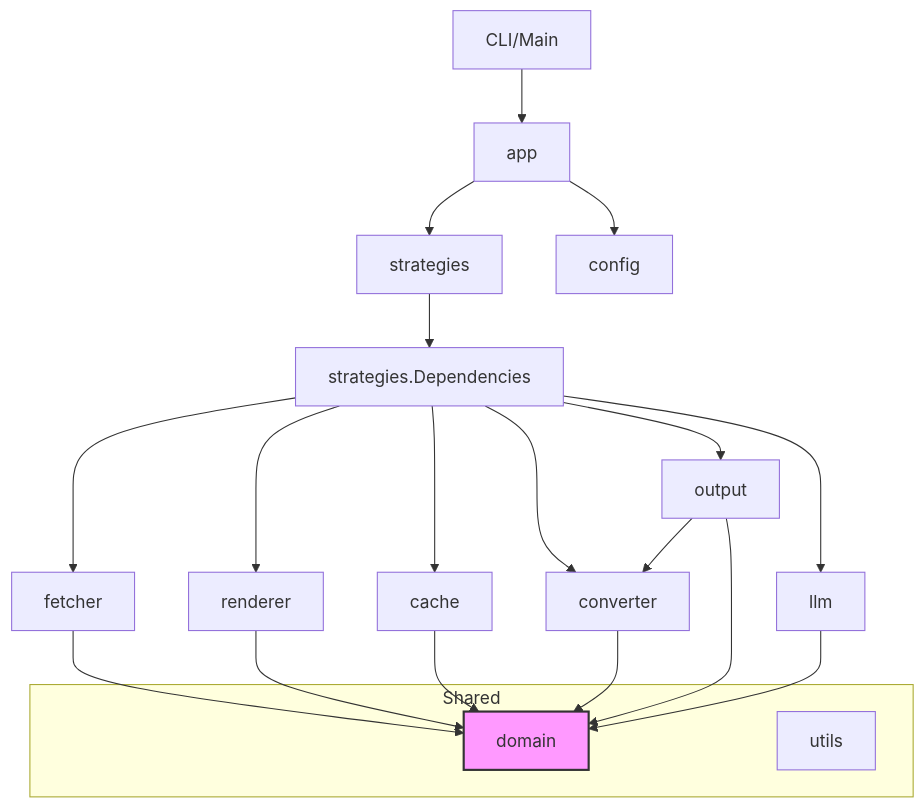
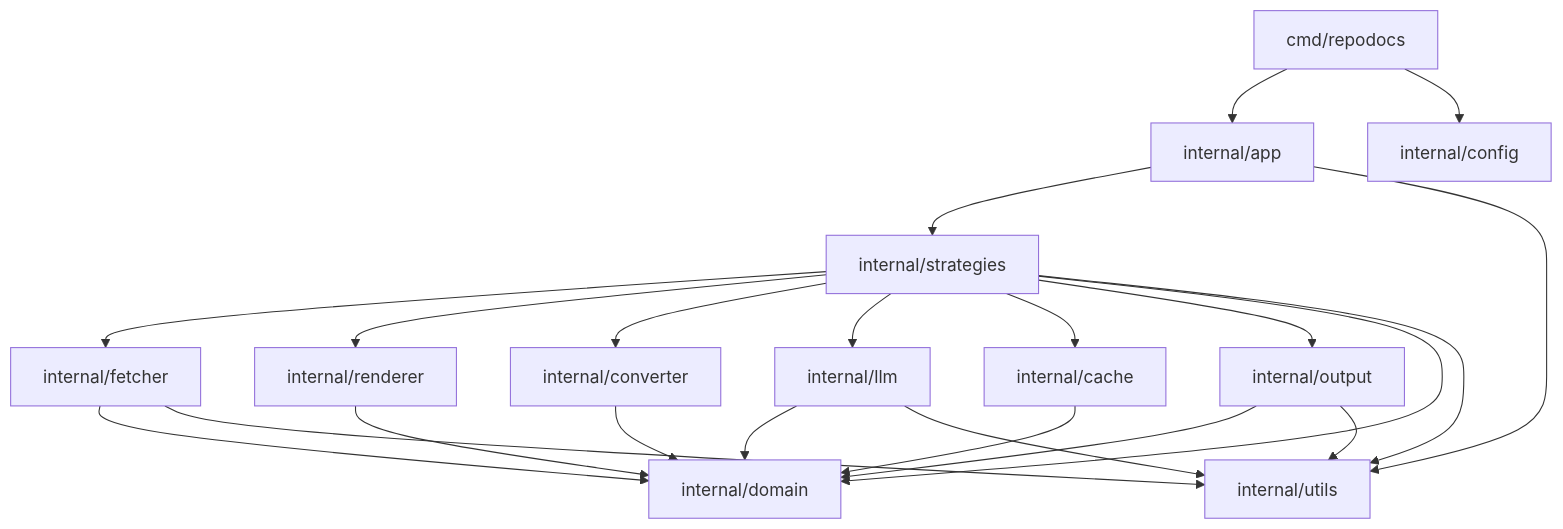
Before and after one commit to quantmind-br/repodocs-go: the diagram in .ai/docs/dependency_analysis.md, drawn with Mermaid. The commit also changed other lines of this file and 49 other files, not shown here.

````diff
--- a/.ai/docs/dependency_analysis.md
+++ b/.ai/docs/dependency_analysis.md
@@ -44,31 +44,28 @@
 ```mermaid
 graph TD
-    CMD[CLI/Main] --> APP[app]
-    APP --> STRAT[strategies]
-    APP --> CFG[config]
+    Main[cmd/repodocs] --> App[internal/app]
+    Main --> Config[internal/config]
     
-    STRAT --> DEPS[strategies.Dependencies]
+    App --> Strategies[internal/strategies]
+    App --> Utils[internal/utils]
     
-    DEPS --> FETCH[fetcher]
-    DEPS --> REND[renderer]
-    DEPS --> CACHE[cache]
-    DEPS --> CONV[converter]
-    DEPS --> OUT[output]
-    DEPS --> LLM[llm]
+    Strategies --> Fetcher[internal/fetcher]
+    Strategies --> Renderer[internal/renderer]
+    Strategies --> Converter[internal/converter]
+    Strategies --> LLM[internal/llm]
+    Strategies --> Cache[internal/cache]
+    Strategies --> Output[internal/output]
+    Strategies --> Domain[internal/domain]
     
-    FETCH --> DOMAIN[domain]
-    REND --> DOMAIN
-    CACHE --> DOMAIN
-    CONV --> DOMAIN
-    OUT --> DOMAIN
-    LLM --> DOMAIN
+    Fetcher --> Domain
+    Renderer --> Domain
+    Converter --> Domain
+    LLM --> Domain
+    Cache --> Domain
+    Output --> Domain
     
-    OUT --> CONV
-    
-    subgraph Shared
-        DOMAIN
-        UTILS[utils]
-    end
-    
-    style DOMAIN fill:#f9f,stroke:#333,stroke-width:2px
+    Fetcher --> Utils
+    LLM --> Utils
+    Output --> Utils
+    Strategies --> Utils
 ```
````
